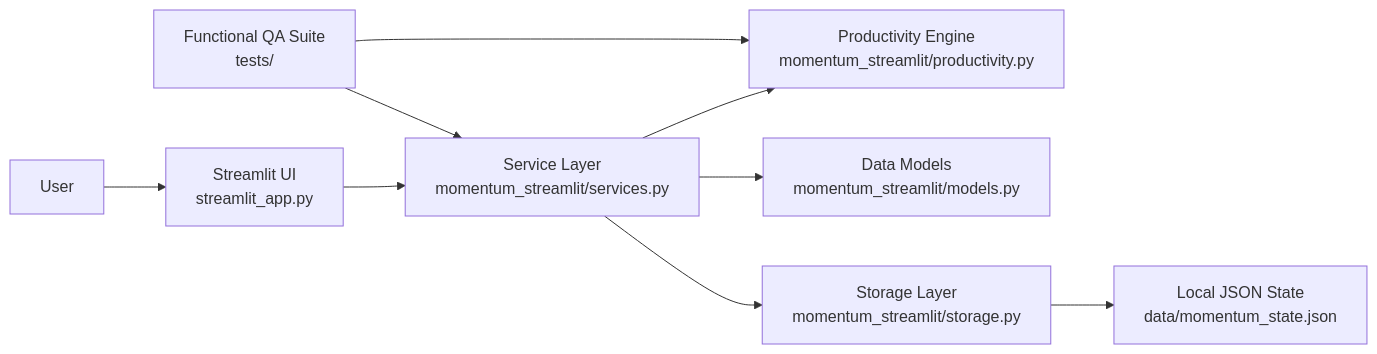
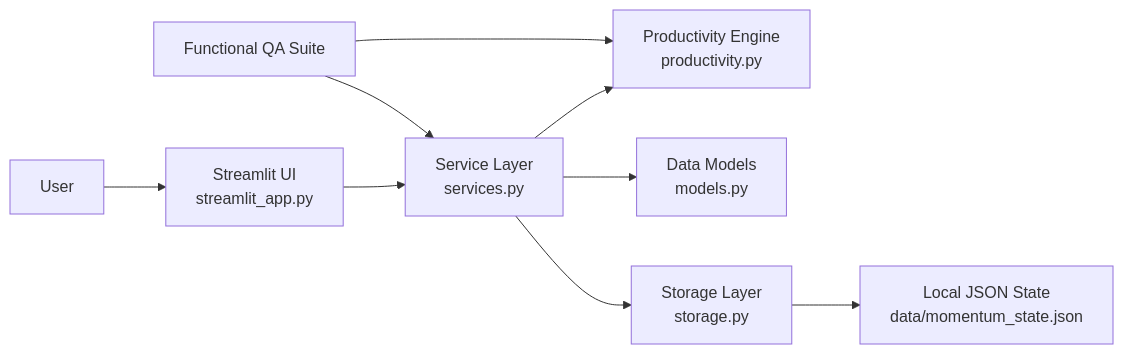
One commit to MOHAMMED-GHANIM-SIDDIQUI/momentum-adhd-planner changed the first of 2 diagrams in README.md. Above: the diagram before and after it, drawn with Mermaid. The commit also changed other lines of this file, not shown here.

````diff
--- a/README.md
+++ b/README.md
@@ -68,11 +242,11 @@
 ```mermaid
 flowchart LR
     User["User"] --> UI["Streamlit UI<br/>streamlit_app.py"]
-    UI --> Services["Service Layer<br/>momentum_streamlit/services.py"]
-    Services --> Productivity["Productivity Engine<br/>momentum_streamlit/productivity.py"]
-    Services --> Models["Data Models<br/>momentum_streamlit/models.py"]
-    Services --> Storage["Storage Layer<br/>momentum_streamlit/storage.py"]
-    Storage --> LocalJSON["Local JSON State<br/>data/momentum_state.json"]
-    Tests["Functional QA Suite<br/>tests/"] --> Services
+    UI --> Services["Service Layer<br/>services.py"]
+    Services --> Productivity["Productivity Engine<br/>productivity.py"]
+    Services --> Models["Data Models<br/>models.py"]
+    Services --> Storage["Storage Layer<br/>storage.py"]
+    Storage --> State["Local JSON State<br/>data/momentum_state.json"]
+    Tests["Functional QA Suite"] --> Services
     Tests --> Productivity
 ```
````
